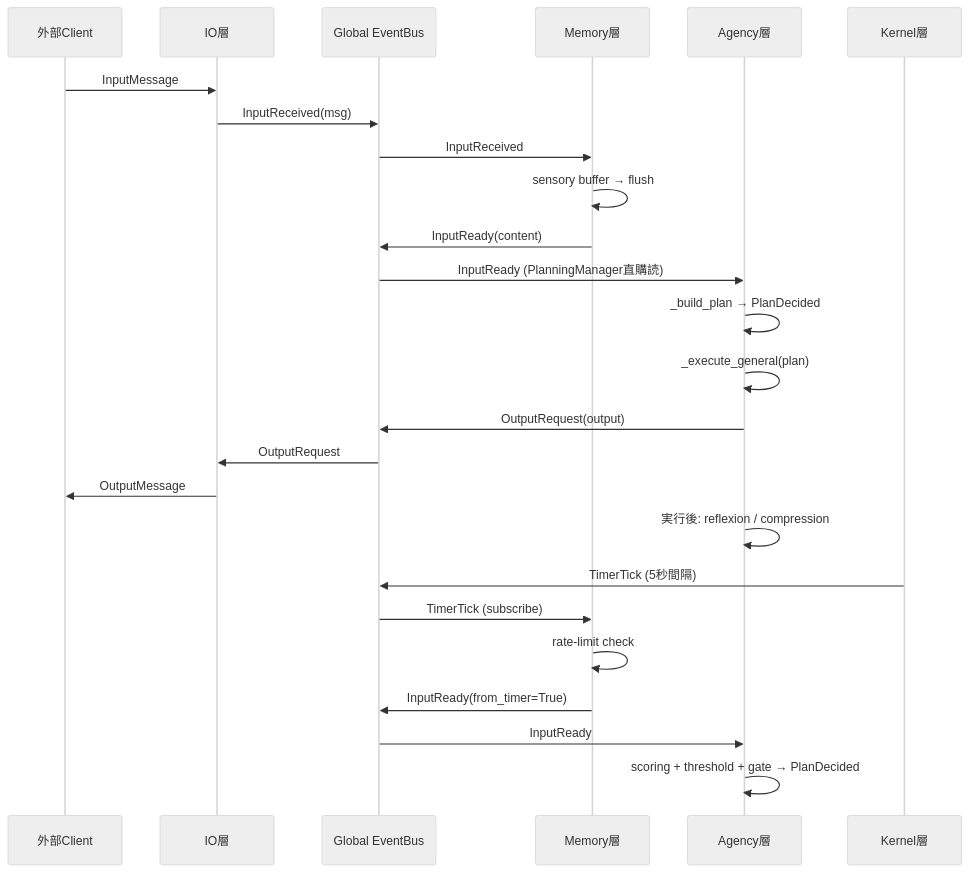
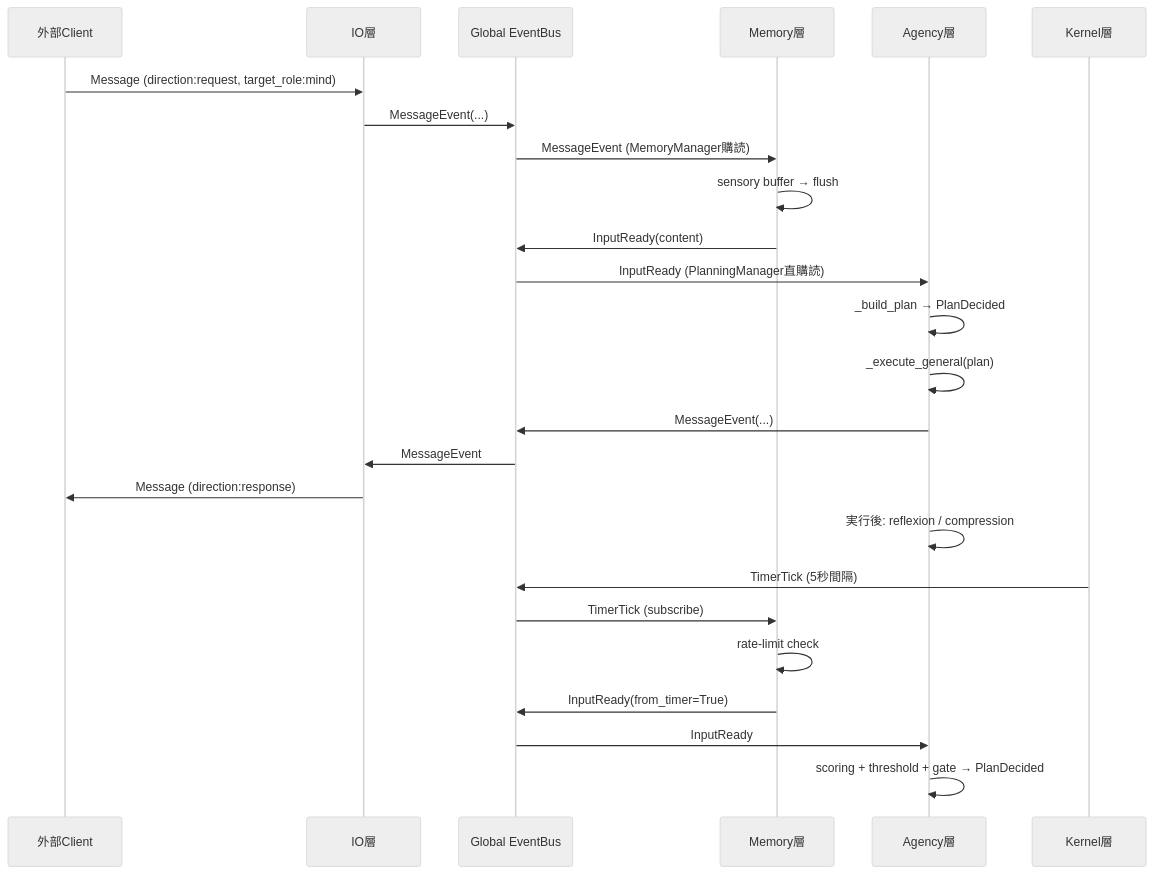
The second of 4 diagrams in docs/architecture.md (ibukani/iris-mind), drawn with Mermaid (neutral theme) before and after one commit. The commit also changed other lines of this file and 22 other files, not shown here.

````diff
--- a/docs/architecture.md
+++ b/docs/architecture.md
@@ -84,29 +84,29 @@
 ```mermaid
 sequenceDiagram
     participant TCP as 外部Client
     participant IO as IO層
     participant EB as Global EventBus
     participant MEM as Memory層
     participant AG as Agency層
     participant KRN as Kernel層
 
-    TCP->>IO: InputMessage
-    IO->>EB: InputReceived(msg)
-    EB->>MEM: InputReceived
+    TCP->>IO: Message (direction:request, target_role:mind)
+    IO->>EB: MessageEvent(...)
+    EB->>MEM: MessageEvent (MemoryManager購読)
     MEM->>MEM: sensory buffer → flush
     MEM->>EB: InputReady(content)
     EB->>AG: InputReady (PlanningManager直購読)
     AG->>AG: _build_plan → PlanDecided
     AG->>AG: _execute_general(plan)
-    AG->>EB: OutputRequest(output)
-    EB->>IO: OutputRequest
-    IO->>TCP: OutputMessage
+    AG->>EB: MessageEvent(...)
+    EB->>IO: MessageEvent
+    IO->>TCP: Message (direction:response)
     AG->>AG: 実行後: reflexion / compression
 
     KRN->>EB: TimerTick (5秒間隔)
     EB->>MEM: TimerTick (subscribe)
     MEM->>MEM: rate-limit check
     MEM->>EB: InputReady(from_timer=True)
     EB->>AG: InputReady
     AG->>AG: scoring + threshold + gate → PlanDecided
 ```
````
